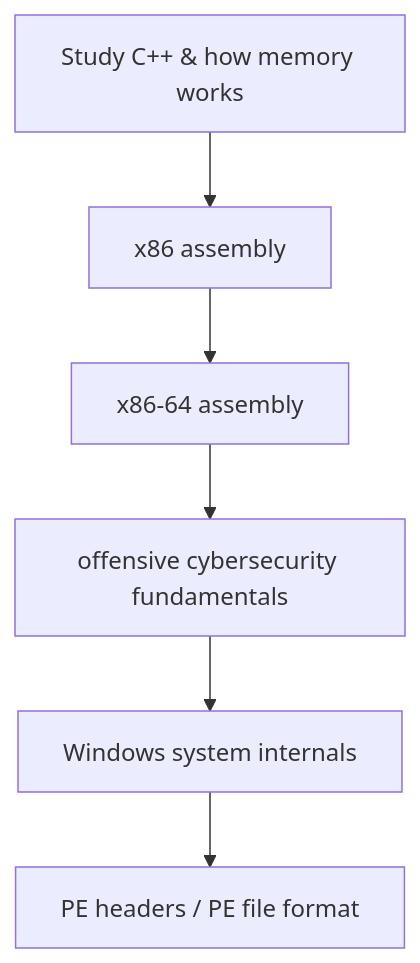
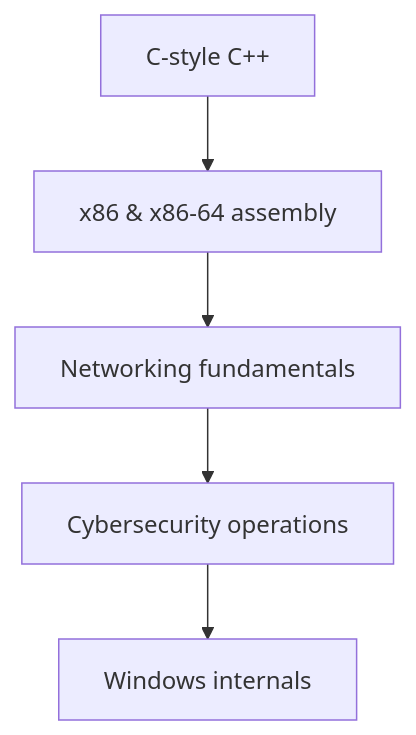
One commit to grimy86/CCI25 changed the first of 2 diagrams in readme.md. Above: the diagram before and after it, drawn with Mermaid. The commit also changed other lines of this file and 7 other files, not shown here.

````diff
--- a/readme.md
+++ b/readme.md
@@ -9,8 +11,7 @@
 ```mermaid
 graph TD;
-	cpp[Study C++ & how memory works] --> x86[x86 assembly]
-	x86 --> x86-64[x86-64 assembly]
-	x86-64 --> offsec[offensive cybersecurity fundamentals]
-	offsec --> winint[Windows system internals]
-	winint --> PE[PE headers / PE file format]
+	cpp[C-style C++] --> x86-64[x86 & x86-64 assembly]
+	x86-64 --> nf[Networking fundamentals]
+    nf --> csec[Cybersecurity operations]
+	csec --> winint[Windows internals]
 ```
````
